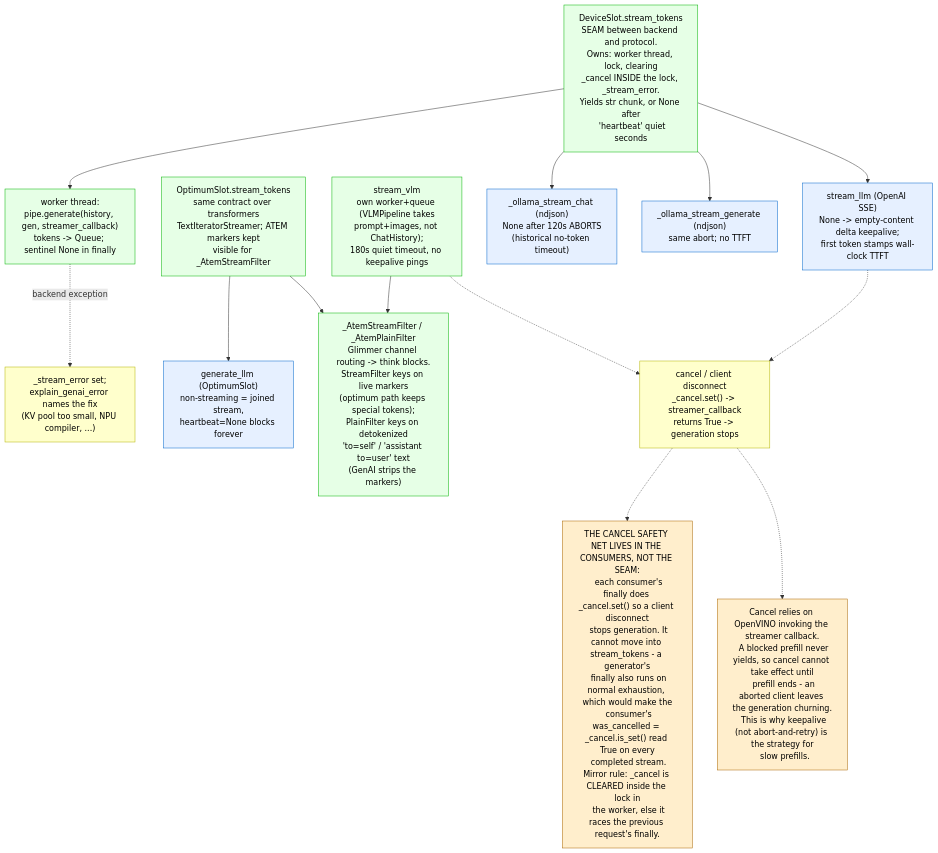
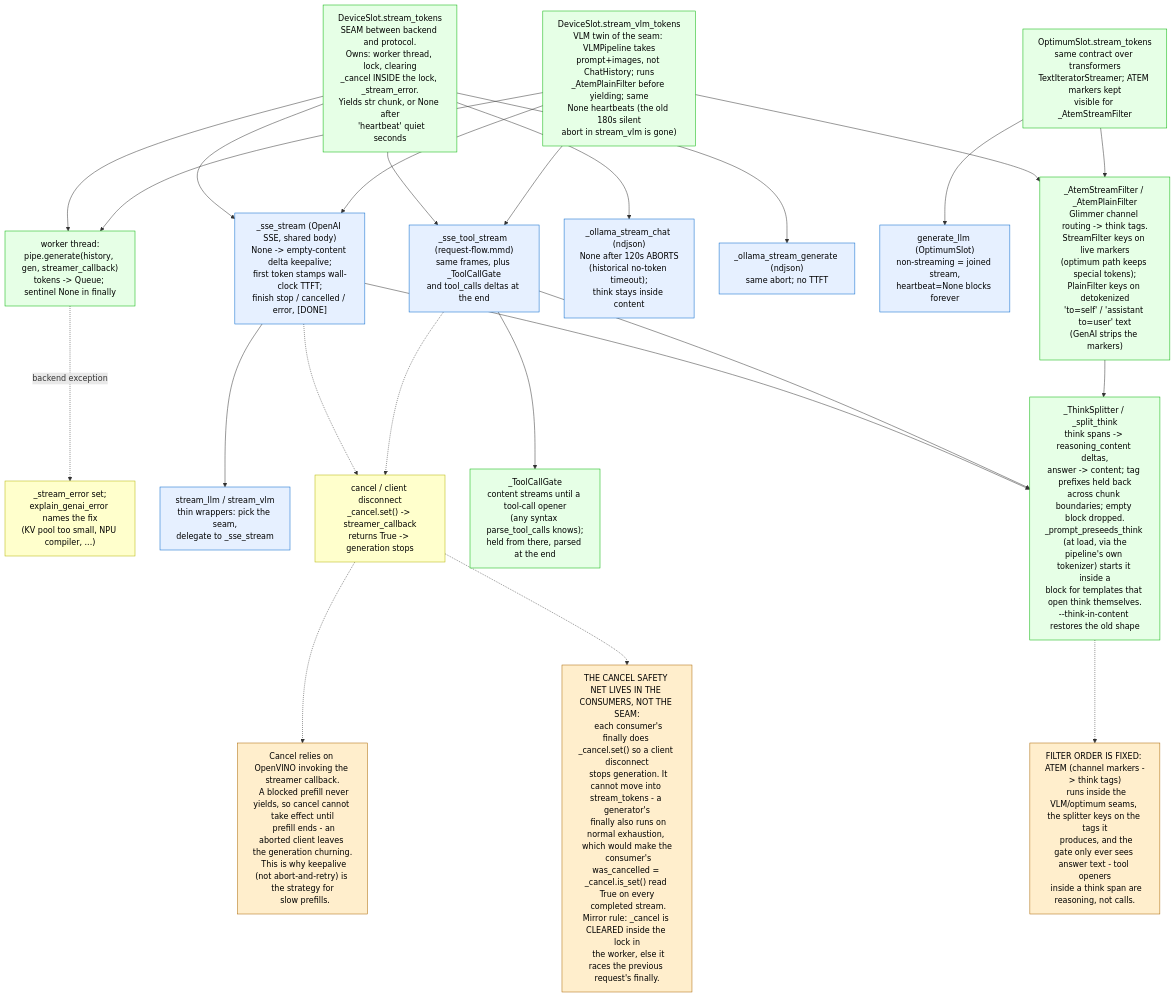
Before and after one commit to PearTr0191/NoLlama: the diagram in docs/stream-plumbing.mmd, drawn with Mermaid. The commit also changed 11 other files, not shown here.

First line of the commit message:
Stream tool turns; reasoning travels as reasoning_content (#36)

```diff
--- a/docs/stream-plumbing.mmd
+++ b/docs/stream-plumbing.mmd
@@ -1,60 +1,80 @@
 %% Token streaming: the stream_tokens seam, its consumers, cancel semantics.
 %% Drawn 2026-08-19 from nollama.py @ 85e796f.
+%% Updated 2026-08-30: stream_vlm_tokens seam, shared _sse_stream, _ThinkSplitter/_ToolCallGate (issue #36).
 %% Legend: solid = normal path, dashed = failure/timeout/cancel paths,
 %%         ALL-CAPS nodes = prose annotations.
 %% Palette: route (blue) = protocol consumers, gen (green) = backend/worker,
 %%          client (yellow) = wire frames, warn (orange) = annotations.
-%% covers: nollama.py:stream_tokens,stream_llm,stream_vlm,_ollama_stream_chat,_ollama_stream_generate,generate_llm,cancel,explain_genai_error,_AtemStreamFilter,_AtemPlainFilter
+%% covers: nollama.py:stream_tokens,stream_vlm_tokens,stream_llm,stream_vlm,_sse_stream,_ollama_stream_chat,_ollama_stream_generate,generate_llm,cancel,explain_genai_error,_AtemStreamFilter,_AtemPlainFilter,_ThinkSplitter,_split_think,_ToolCallGate,_prompt_preseeds_think
 flowchart TB
   stream_tokens["DeviceSlot.stream_tokens<br/>SEAM between backend and protocol.<br/>Owns: worker thread, lock, clearing<br/>_cancel INSIDE the lock, _stream_error.<br/>Yields str chunk, or None after
   'heartbeat' quiet seconds"]
   worker["worker thread:<br/>pipe.generate(history, gen, streamer_callback)<br/>tokens -> Queue; sentinel None in finally"]
   opt_stream_tokens["OptimumSlot.stream_tokens<br/>same contract over transformers<br/>TextIteratorStreamer; ATEM markers kept<br/>visible for _AtemStreamFilter"]
+  stream_vlm_tokens["DeviceSlot.stream_vlm_tokens<br/>VLM twin of the seam: VLMPipeline takes<br/>prompt+images, not ChatHistory; runs<br/>_AtemPlainFilter before yielding; same<br/>None heartbeats (the old 180s silent<br/>abort in stream_vlm is gone)"]
 
   stream_tokens --> worker
+  stream_vlm_tokens --> worker
   worker -.->|"backend exception"| _stream_error["_stream_error set;<br/>explain_genai_error names the fix<br/>(KV pool too small, NPU compiler, ...)"]
 
-  stream_llm["stream_llm (OpenAI SSE)<br/>None -> empty-content delta keepalive;<br/>first token stamps wall-clock TTFT"]
-  _ollama_stream_chat["_ollama_stream_chat (ndjson)<br/>None after 120s ABORTS<br/>(historical no-token timeout)"]
+  _sse_stream["_sse_stream (OpenAI SSE, shared body)<br/>None -> empty-content delta keepalive;<br/>first token stamps wall-clock TTFT;<br/>finish stop / cancelled / error, [DONE]"]
+  stream_llm["stream_llm / stream_vlm<br/>thin wrappers: pick the seam,<br/>delegate to _sse_stream"]
+  tool_stream["_sse_tool_stream (request-flow.mmd)<br/>same frames, plus _ToolCallGate<br/>and tool_calls deltas at the end"]
+  _ollama_stream_chat["_ollama_stream_chat (ndjson)<br/>None after 120s ABORTS<br/>(historical no-token timeout);<br/>think stays inside content"]
   _ollama_stream_generate["_ollama_stream_generate (ndjson)<br/>same abort; no TTFT"]
   generate_llm["generate_llm (OptimumSlot)<br/>non-streaming = joined stream,<br/>heartbeat=None blocks forever"]
 
-  stream_tokens --> stream_llm
+  stream_tokens --> _sse_stream
+  stream_vlm_tokens --> _sse_stream
+  _sse_stream --> stream_llm
+  stream_tokens --> tool_stream
+  stream_vlm_tokens --> tool_stream
   stream_tokens --> _ollama_stream_chat
   stream_tokens --> _ollama_stream_generate
   opt_stream_tokens --> generate_llm
 
-  stream_vlm["stream_vlm<br/>own worker+queue (VLMPipeline takes<br/>prompt+images, not ChatHistory);<br/>180s quiet timeout, no keepalive pings"]
+  splitter["_ThinkSplitter / _split_think<br/>think spans -> reasoning_content deltas,<br/>answer -> content; tag prefixes held back<br/>across chunk boundaries; empty block dropped.<br/>_prompt_preseeds_think (at load, via the<br/>pipeline's own tokenizer) starts it inside a<br/>block for templates that open think themselves.<br/>--think-in-content restores the old shape"]
+  gate["_ToolCallGate<br/>content streams until a tool-call opener<br/>(any syntax parse_tool_calls knows);<br/>held from there, parsed at the end"]
+  _sse_stream --> splitter
+  tool_stream --> splitter
+  tool_stream --> gate
 
-  atem["_AtemStreamFilter / _AtemPlainFilter<br/>Glimmer channel routing -> think blocks.<br/>StreamFilter keys on live markers<br/>(optimum path keeps special tokens);<br/>PlainFilter keys on detokenized<br/>'to=self' / 'assistant to=user' text<br/>(GenAI strips the markers)"]
-  stream_vlm --> atem
+  atem["_AtemStreamFilter / _AtemPlainFilter<br/>Glimmer channel routing -> think tags.<br/>StreamFilter keys on live markers<br/>(optimum path keeps special tokens);<br/>PlainFilter keys on detokenized<br/>'to=self' / 'assistant to=user' text<br/>(GenAI strips the markers)"]
+  stream_vlm_tokens --> atem
   opt_stream_tokens --> atem
+  atem --> splitter
 
   cancel["cancel / client disconnect<br/>_cancel.set() -> streamer_callback<br/>returns True -> generation stops"]
-  stream_llm -.-> cancel
-  stream_vlm -.-> cancel
+  _sse_stream -.-> cancel
+  tool_stream -.-> cancel
 
   FINALLY["THE CANCEL SAFETY NET LIVES IN THE CONSUMERS, NOT THE SEAM:
   each consumer's finally does _cancel.set() so a client disconnect
   stops generation. It cannot move into stream_tokens - a generator's
   finally also runs on normal exhaustion, which would make the
   consumer's was_cancelled = _cancel.is_set() read True on every
   completed stream. Mirror rule: _cancel is CLEARED inside the lock in
   the worker, else it races the previous request's finally."]
   cancel -.-> FINALLY
 
   CANCELLIMIT["Cancel relies on OpenVINO invoking the streamer callback.
   A blocked prefill never yields, so cancel cannot take effect until
   prefill ends - an aborted client leaves the generation churning.
   This is why keepalive (not abort-and-retry) is the strategy for
   slow prefills."]
   cancel -.-> CANCELLIMIT
 
+  ORDER["FILTER ORDER IS FIXED: ATEM (channel markers -> think tags)
+  runs inside the VLM/optimum seams, the splitter keys on the tags it
+  produces, and the gate only ever sees answer text - tool openers
+  inside a think span are reasoning, not calls."]
+  splitter -.-> ORDER
+
   classDef route fill:#e6f0ff,stroke:#0066cc,color:#000
   classDef gen fill:#e6ffe6,stroke:#00b300,color:#000
   classDef client fill:#ffffcc,stroke:#b3b300,color:#000
   classDef warn fill:#fec,stroke:#a60,color:#000
-  class stream_llm,_ollama_stream_chat,_ollama_stream_generate,generate_llm route
-  class stream_tokens,opt_stream_tokens,worker,stream_vlm,atem gen
+  class _sse_stream,stream_llm,tool_stream,_ollama_stream_chat,_ollama_stream_generate,generate_llm route
+  class stream_tokens,stream_vlm_tokens,opt_stream_tokens,worker,atem,splitter,gate gen
   class cancel,_stream_error client
-  class FINALLY,CANCELLIMIT warn
+  class FINALLY,CANCELLIMIT,ORDER warn
```
